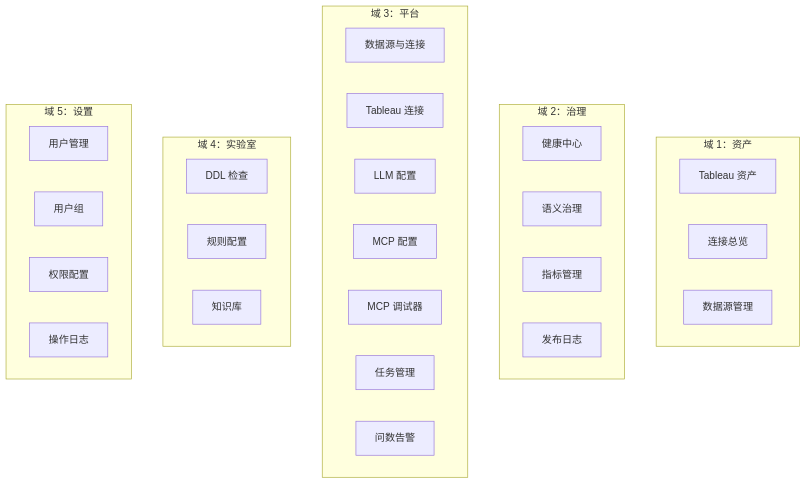
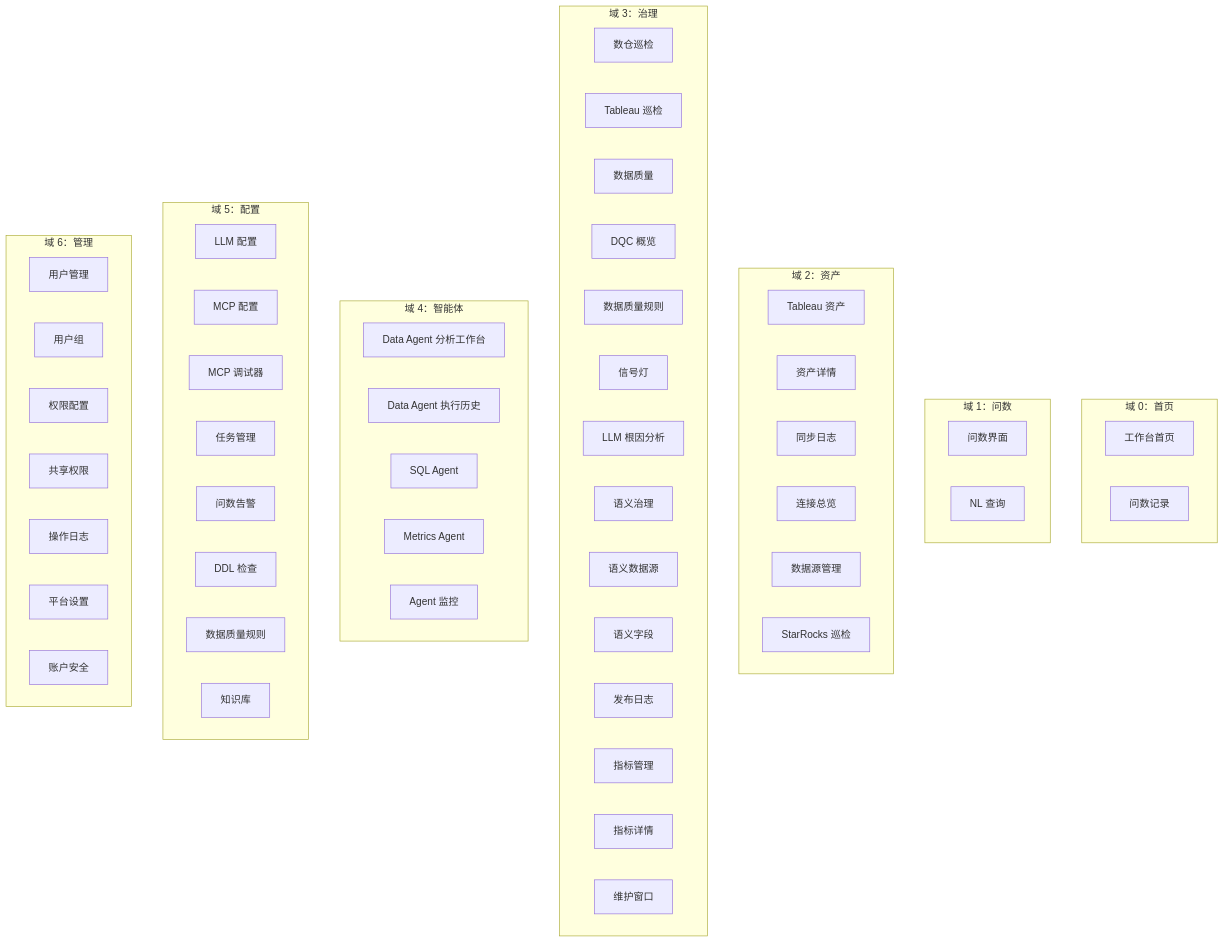
Before and after one commit to Forrest219/mulan-bi-platform: the first of 3 diagrams in docs/specs/18-menu-restructure-spec.md, drawn with Mermaid. The commit also changed other lines of this file and 227 other files, not shown here.

````diff
--- a/docs/specs/18-menu-restructure-spec.md
+++ b/docs/specs/18-menu-restructure-spec.md
@@ -48,38 +56,67 @@
 ```mermaid
 graph TD
-    subgraph 资产域["域 1：资产"]
-        A1[Tableau 资产]
-        A2[连接总览]
-        A3[数据源管理]
+    subgraph 首页["域 0：首页"]
+        H1[工作台首页]
+        H2[问数记录]
     end
 
-    subgraph 治理域["域 2：治理"]
-        B1[健康中心]
-        B2[语义治理]
-        B3[指标管理]
-        B4[发布日志]
+    subgraph 问数域["域 1：问数"]
+        Q1[问数界面]
+        Q2[NL 查询]
     end
 
-    subgraph 平台域["域 3：平台"]
-        C0[数据源与连接]
-        C0b[Tableau 连接]
+    subgraph 资产域["域 2：资产"]
+        A1[Tableau 资产]
+        A2[资产详情]
+        A3[同步日志]
+        A4[连接总览]
+        A5[数据源管理]
+        A6[StarRocks 巡检]
+    end
+
+    subgraph 治理域["域 3：治理"]
+        G1[数仓巡检]
+        G2[Tableau 巡检]
+        G3[数据质量]
+        G3a[DQC 概览]
+        G3b[数据质量规则]
+        G3c[信号灯]
+        G3d[LLM 根因分析]
+        G4[语义治理]
+        G4a[语义数据源]
+        G4b[语义字段]
+        G4c[发布日志]
+        G5[指标管理]
+        G5a[指标详情]
+        G5b[维护窗口]
+    end
+
+    subgraph 智能体域["域 4：智能体"]
+        B1[Data Agent 分析工作台]
+        B2[Data Agent 执行历史]
+        B3[SQL Agent]
+        B4[Metrics Agent]
+        B5[Agent 监控]
+    end
+
+    subgraph 配置域["域 5：配置"]
         C1[LLM 配置]
         C2[MCP 配置]
         C3[MCP 调试器]
         C4[任务管理]
         C5[问数告警]
+        C6[DDL 检查]
+        C7[数据质量规则]
+        C8[知识库]
     end
 
-    subgraph 实验室域["域 4：实验室"]
-        D1[DDL 检查]
-        D2[规则配置]
-        D3[知识库]
-    end
-
-    subgraph 设置域["域 5：设置"]
-        E1[用户管理]
-        E2[用户组]
-        E3[权限配置]
-        E4[操作日志]
+    subgraph 管理域["域 6：管理"]
+        M1[用户管理]
+        M2[用户组]
+        M3[权限配置]
+        M4[共享权限]
+        M5[操作日志]
+        M6[平台设置]
+        M7[账户安全]
     end
 ```
````
